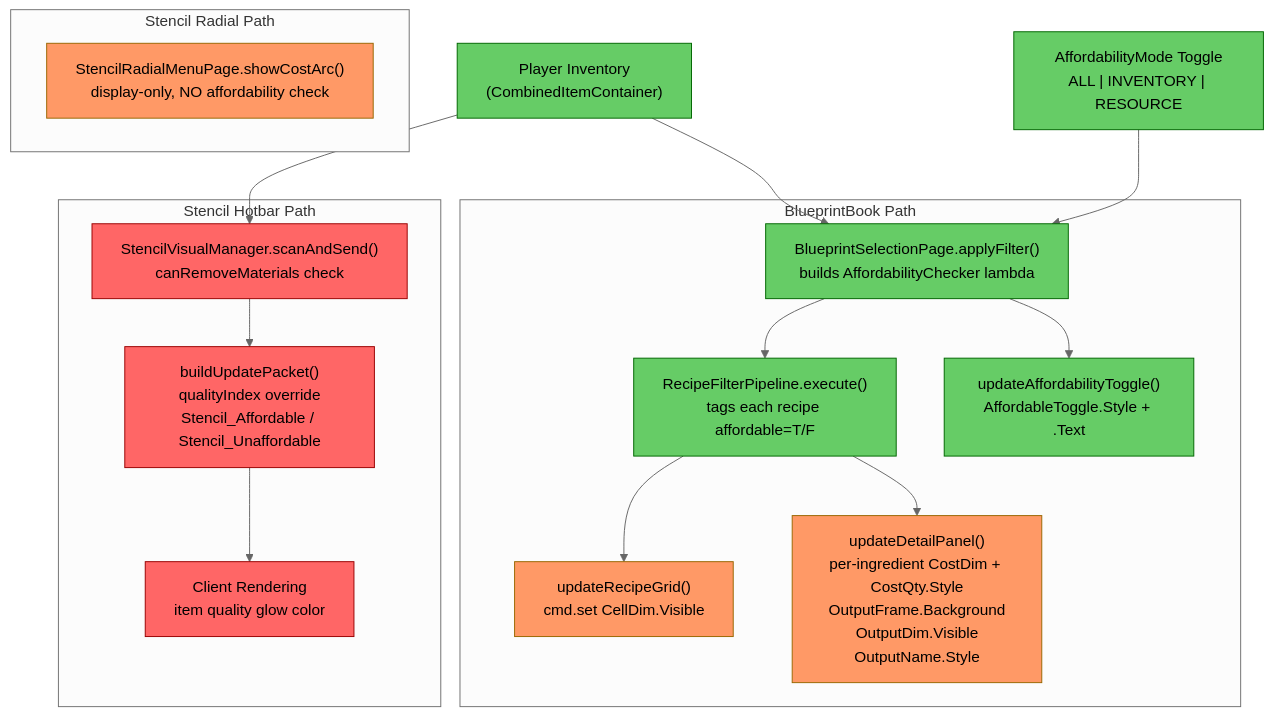
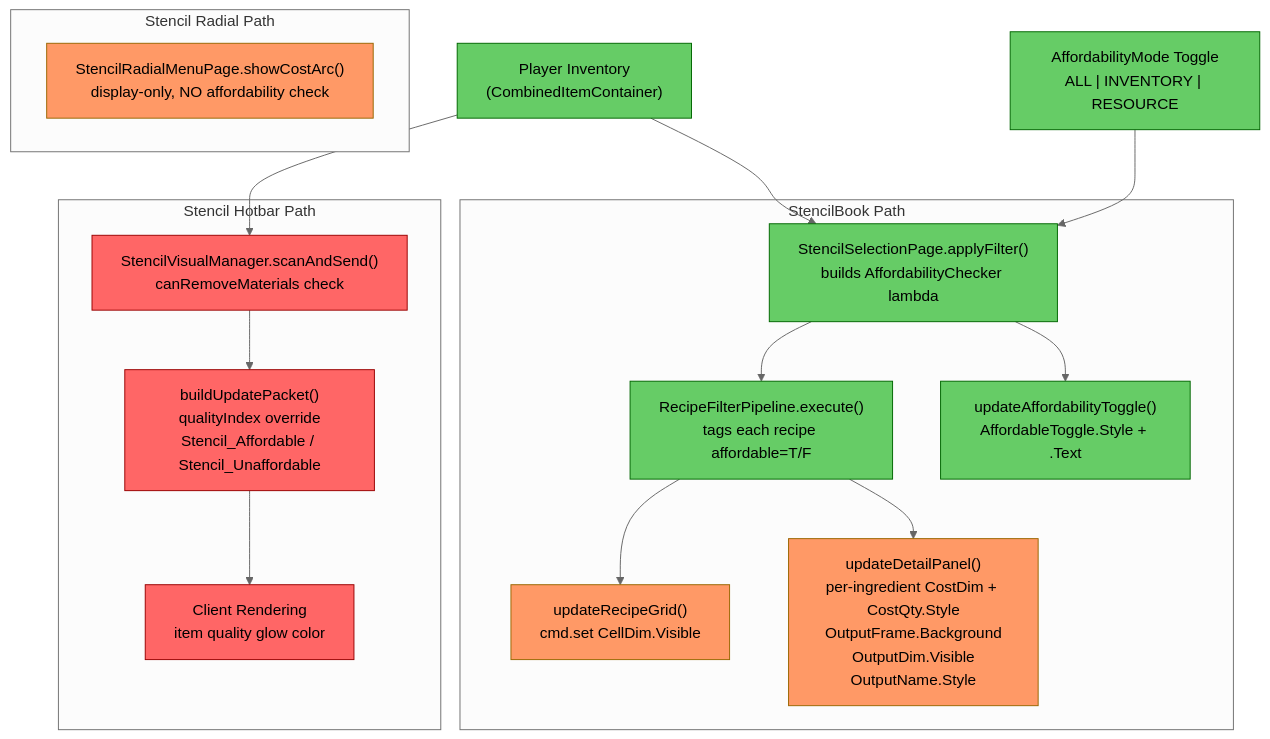
One commit to TheCodeCreature/Hytale-Example-Plugin changed the second of 2 diagrams in docs/review-ui-styling-system.md. Above: the diagram before and after it, drawn with Mermaid (neutral theme). The commit also changed other lines of this file and 289 other files, not shown here.

````diff
--- a/docs/review-ui-styling-system.md
+++ b/docs/review-ui-styling-system.md
@@ -170,45 +170,45 @@
 ```mermaid
 graph TB
     INV["Player Inventory<br/>(CombinedItemContainer)"]
     AM_NODE["AffordabilityMode Toggle<br/>ALL | INVENTORY | RESOURCE"]
 
-    subgraph "BlueprintBook Path"
-        BSP_FILTER["BlueprintSelectionPage.applyFilter()<br/>builds AffordabilityChecker lambda"]
+    subgraph "StencilBook Path"
+        BSP_FILTER["StencilSelectionPage.applyFilter()<br/>builds AffordabilityChecker lambda"]
         RFP_EXEC["RecipeFilterPipeline.execute()<br/>tags each recipe affordable=T/F"]
         GRID_VIS["updateRecipeGrid()<br/>cmd.set CellDim.Visible"]
         DETAIL_VIS["updateDetailPanel()<br/>per-ingredient CostDim + CostQty.Style<br/>OutputFrame.Background<br/>OutputDim.Visible<br/>OutputName.Style"]
         TOGGLE_VIS["updateAffordabilityToggle()<br/>AffordableToggle.Style + .Text"]
     end
 
     subgraph "Stencil Hotbar Path"
         SVM_SCAN["StencilVisualManager.scanAndSend()<br/>canRemoveMaterials check"]
         SVM_PKT["buildUpdatePacket()<br/>qualityIndex override<br/>Stencil_Affordable / Stencil_Unaffordable"]
         CLIENT["Client Rendering<br/>item quality glow color"]
     end
 
     subgraph "Stencil Radial Path"
         SRMP_COST["StencilRadialMenuPage.showCostArc()<br/>display-only, NO affordability check"]
     end
 
     INV --> BSP_FILTER
     INV --> SVM_SCAN
     AM_NODE --> BSP_FILTER
     BSP_FILTER --> RFP_EXEC
     RFP_EXEC --> GRID_VIS
     RFP_EXEC --> DETAIL_VIS
     BSP_FILTER --> TOGGLE_VIS
     SVM_SCAN --> SVM_PKT
     SVM_PKT --> CLIENT
 
     style INV fill:#6c6,stroke:#060
     style AM_NODE fill:#6c6,stroke:#060
     style BSP_FILTER fill:#6c6,stroke:#060
     style RFP_EXEC fill:#6c6,stroke:#060
     style GRID_VIS fill:#f96,stroke:#960
     style DETAIL_VIS fill:#f96,stroke:#960
     style TOGGLE_VIS fill:#6c6,stroke:#060
     style SVM_SCAN fill:#f66,stroke:#900
     style SVM_PKT fill:#f66,stroke:#900
     style CLIENT fill:#f66,stroke:#900
     style SRMP_COST fill:#f96,stroke:#960
 ```
````
